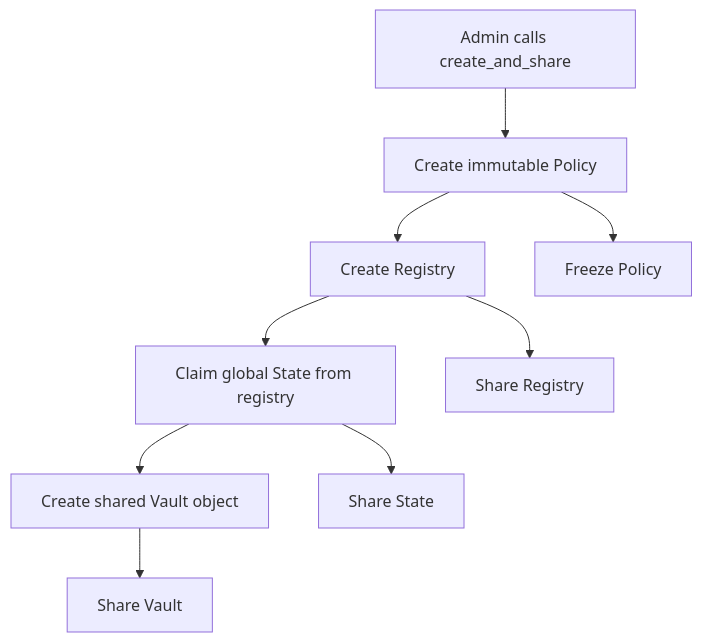
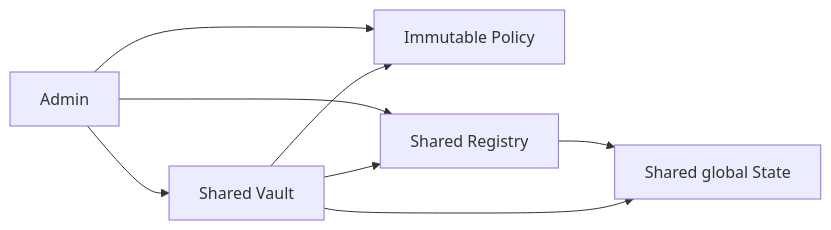
One commit to 0xNeshi/rate-limiter-proposal changed the first of 7 diagrams in token_bucket/README.md. Above: the diagram before and after it, drawn with Mermaid. The commit also changed other lines of this file, not shown here.

Commit message:
update flowcharts

````diff
--- a/token_bucket/README.md
+++ b/token_bucket/README.md
@@ -68,11 +68,16 @@
 ```mermaid
-flowchart TD
-    A[Admin calls create_and_share] --> B[Create immutable Policy<WithdrawTag>]
-    B --> C[Create Registry<WithdrawTag>]
-    C --> D[Claim global State from registry]
-    D --> E[Create shared Vault object]
-    E --> F[Share Vault]
-    D --> G[Share State]
-    C --> H[Share Registry]
-    B --> I[Freeze Policy]
+flowchart LR
+    Admin[Admin]
+    Vault[Shared Vault]
+    Policy[Immutable Policy<WithdrawTag>]
+    Registry[Shared Registry<WithdrawTag>]
+    State[Shared global State<WithdrawTag>]
+
+    Admin --> Vault
+    Admin --> Policy
+    Admin --> Registry
+    Registry --> State
+    Vault --> Policy
+    Vault --> Registry
+    Vault --> State
 ```
````
